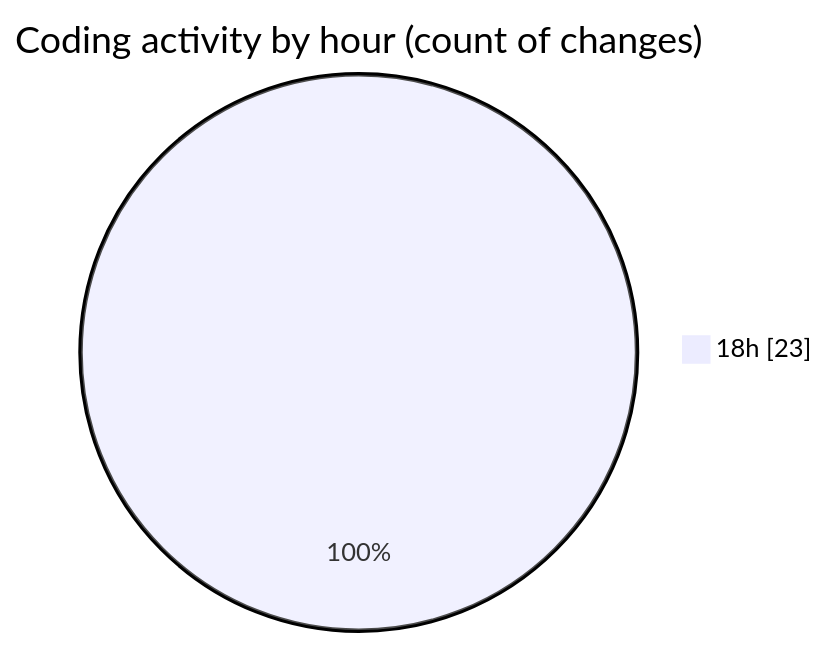
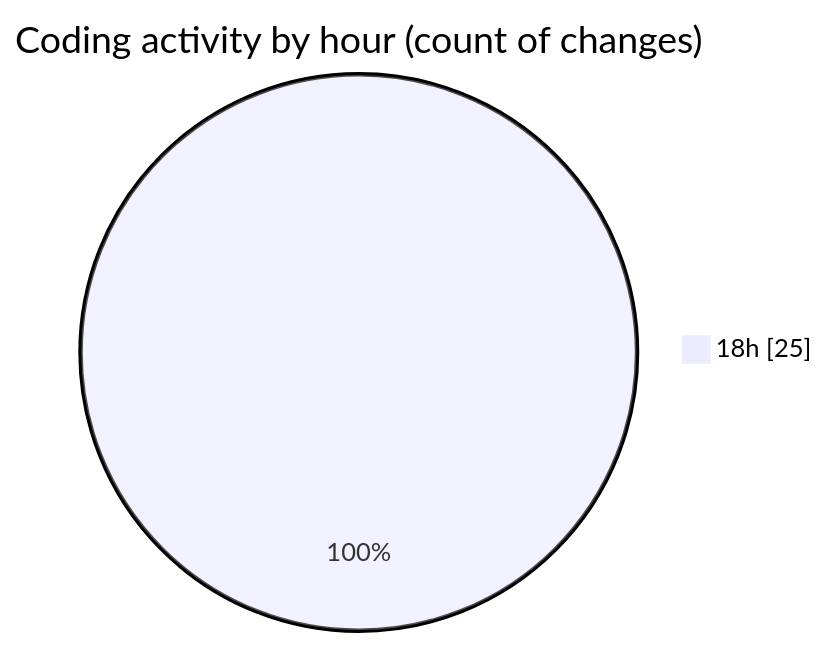
The second of 2 diagrams in 2025-03-20/back-end/README.md (Netris89/code-tracking), drawn with Mermaid before and after one commit. The commit also changed other lines of this file and 1 other file, not shown here.

````diff
--- a/2025-03-20/back-end/README.md
+++ b/2025-03-20/back-end/README.md
@@ -32,5 +32,5 @@
 ```mermaid
 pie showData
 title Coding activity by hour (count of changes)
-"18h" : 23
+"18h" : 25
 ```
````
